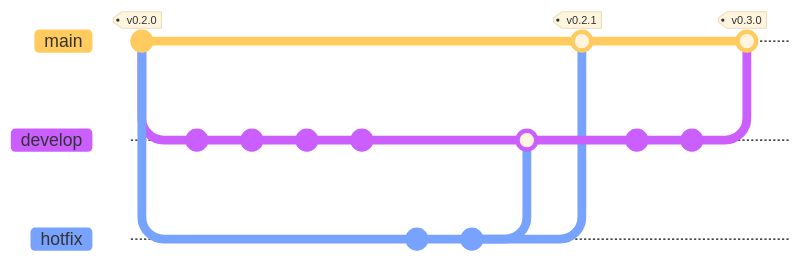
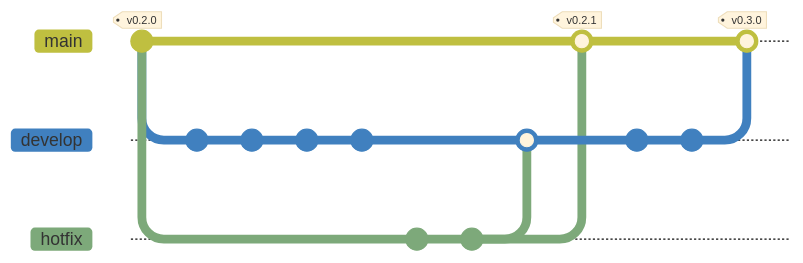
The third of 4 diagrams in docs/software/development_workflow/branch_management.qmd (TU-Delft-DCC/TU-Delft-DCC.github.io), drawn with Mermaid before and after one commit. The commit also changed other lines of this file, not shown here. Commit ids are hidden.

Commit message:
Update mermaid branch diagrams

````diff
--- a/docs/software/development_workflow/branch_management.qmd
+++ b/docs/software/development_workflow/branch_management.qmd
@@ -186,25 +195,29 @@
 ```{mermaid}
-%%{init: {'theme': 'base', 'gitGraph': {'showCommitLabel': false}}}%%
+%%{init: {'theme': 'base', 'themeVariables': {
+              'git0': '#bfbf40',
+              'git1': '#4080bf',
+              'git2': '#7da97a'
+              }, 'gitGraph': {'showCommitLabel': false}}}%%
 gitGraph
     
    commit tag:"v0.2.0"
    branch develop
    commit
    commit
    commit
    commit
    checkout main
    branch hotfix
    commit
    commit
    checkout develop
    merge hotfix
    checkout main
    merge hotfix tag:"v0.2.1"
    checkout develop
    commit
    commit
    checkout main
    merge develop tag:"v0.3.0"
    
 ```
````
